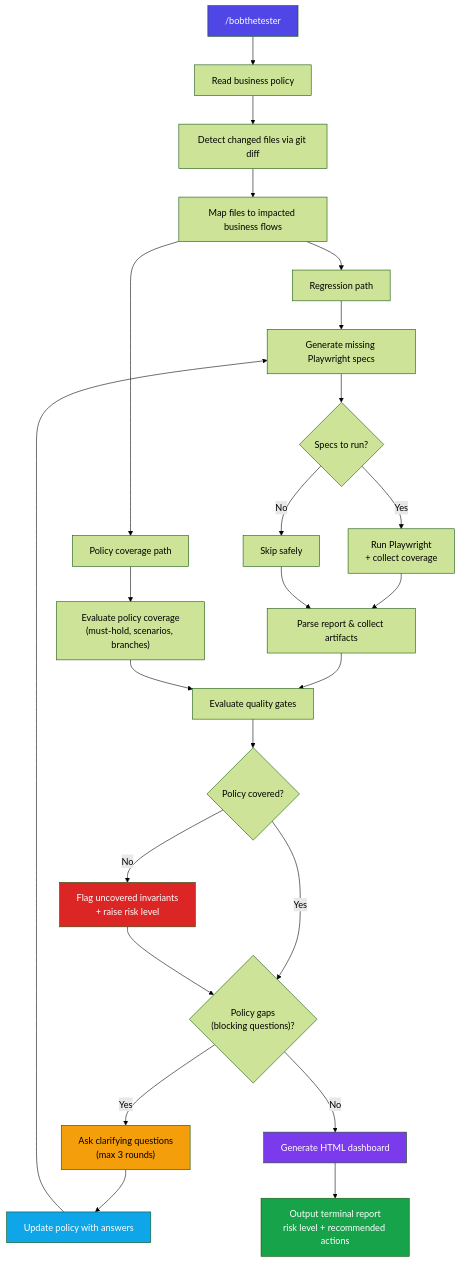
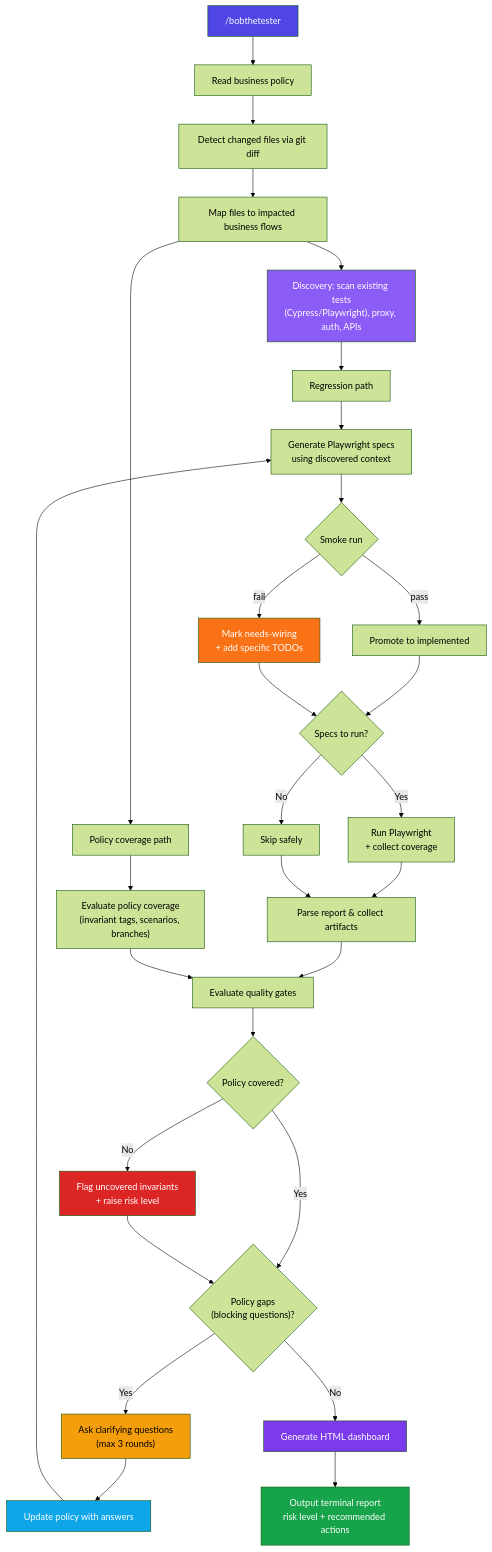
The second of 2 diagrams in README.md (AlbertoSardo/BobTheTester), drawn with Mermaid (forest theme) before and after one commit. The commit also changed other lines of this file and 8 other files, not shown here.

First line of the commit message:
feat(milestone-15): honest test lifecycle, discovery-first generation, invariant tags

````diff
--- a/README.md
+++ b/README.md
@@ -136,38 +148,45 @@
 ```mermaid
 flowchart TD
     A["/bobthetester"] --> B["Read business policy"]
     B --> C["Detect changed files via git diff"]
     C --> D["Map files to impacted business flows"]
 
-    D --> E["Regression path"]
+    D --> X["Discovery: scan existing tests\n(Cypress/Playwright), proxy, auth, APIs"]
+    X --> E["Regression path"]
     D --> F["Policy coverage path"]
 
-    E --> G["Generate missing Playwright specs"]
-    G --> H{"Specs to run?"}
+    E --> G["Generate Playwright specs\nusing discovered context"]
+    G --> V{"Smoke run"}
+    V -- pass --> G2["Promote to implemented"]
+    V -- fail --> G3["Mark needs-wiring\n+ add specific TODOs"]
+    G2 --> H{"Specs to run?"}
+    G3 --> H
     H -- Yes --> I["Run Playwright\n+ collect coverage"]
     H -- No --> J["Skip safely"]
     I --> K["Parse report & collect artifacts"]
     J --> K
 
-    F --> L["Evaluate policy coverage\n(must-hold, scenarios, branches)"]
+    F --> L["Evaluate policy coverage\n(invariant tags, scenarios, branches)"]
 
     K --> M["Evaluate quality gates"]
     L --> M
 
     M --> N{"Policy covered?"}
     N -- No --> Q["Flag uncovered invariants\n+ raise risk level"]
     N -- Yes --> R{"Policy gaps\n(blocking questions)?"}
     Q --> R
     R -- Yes --> O["Ask clarifying questions\n(max 3 rounds)"]
     O --> U["Update policy with answers"]
     U --> G
     R -- No --> S["Generate HTML dashboard"]
     S --> P["Output terminal report\nrisk level + recommended actions"]
 
     style A fill:#4f46e5,color:#fff
     style P fill:#16a34a,color:#fff
     style O fill:#f59e0b,color:#000
     style Q fill:#dc2626,color:#fff
     style S fill:#7c3aed,color:#fff
     style U fill:#0ea5e9,color:#fff
+    style X fill:#8b5cf6,color:#fff
+    style G3 fill:#f97316,color:#fff
 ```
````
